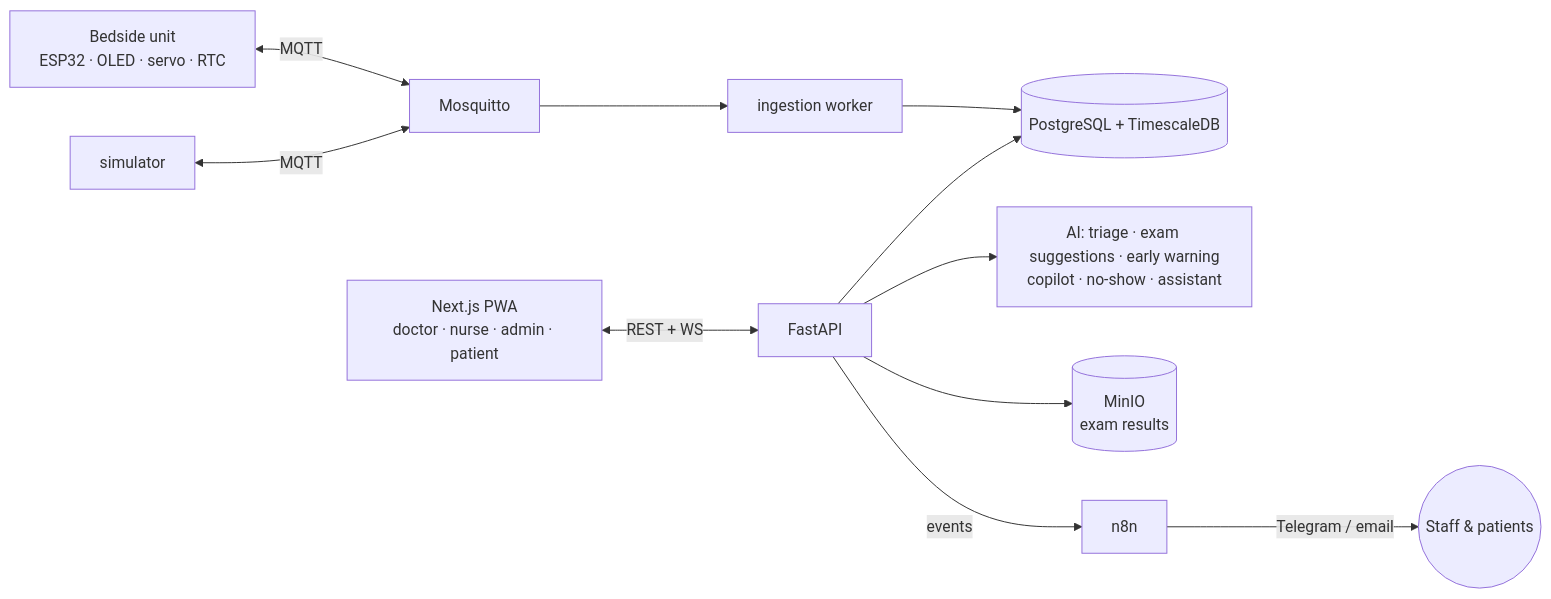
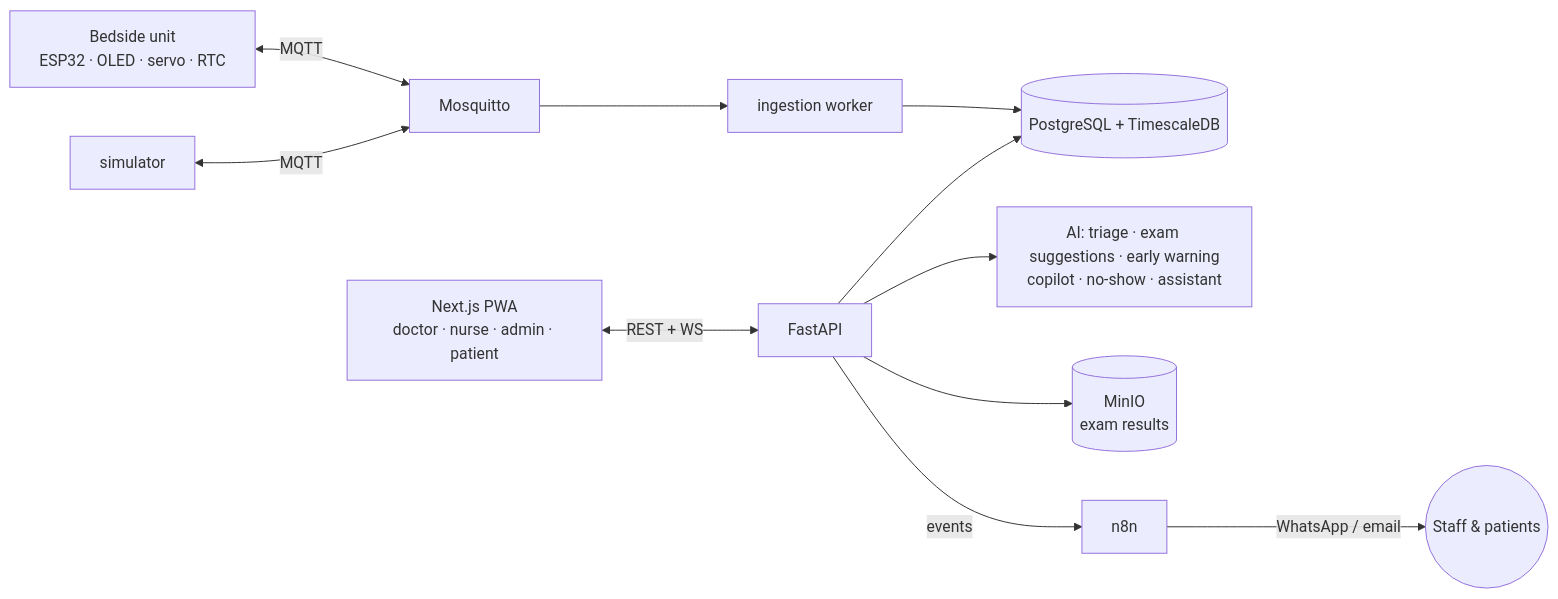
Before and after one commit to Faouzi-Blibech/smarty-hospital-: the diagram in README.md, drawn with Mermaid. The commit also changed other lines of this file and 9 other files, not shown here.

Commit message:
feat(n8n): WhatsApp Cloud API notifications instead of Telegram, bed-only staff alerts

````diff
--- a/README.md
+++ b/README.md
@@ -45,12 +45,12 @@
 ```mermaid
 flowchart LR
   BSU["Bedside unit<br/>ESP32 · OLED · servo · RTC"] <-->|MQTT| MQ[Mosquitto]
   SIM[simulator] <-->|MQTT| MQ
   MQ --> W[ingestion worker]
   W --> DB[("PostgreSQL + TimescaleDB")]
   PWA["Next.js PWA<br/>doctor · nurse · admin · patient"] <-->|REST + WS| API[FastAPI]
   API --> DB
   API --> AI["AI: triage · exam suggestions · early warning<br/>copilot · no-show · assistant"]
   API --> S3[("MinIO<br/>exam results")]
-  API -->|events| N8N[n8n] -->|Telegram / email| People((Staff & patients))
+  API -->|events| N8N[n8n] -->|WhatsApp / email| People((Staff & patients))
 ```
````
